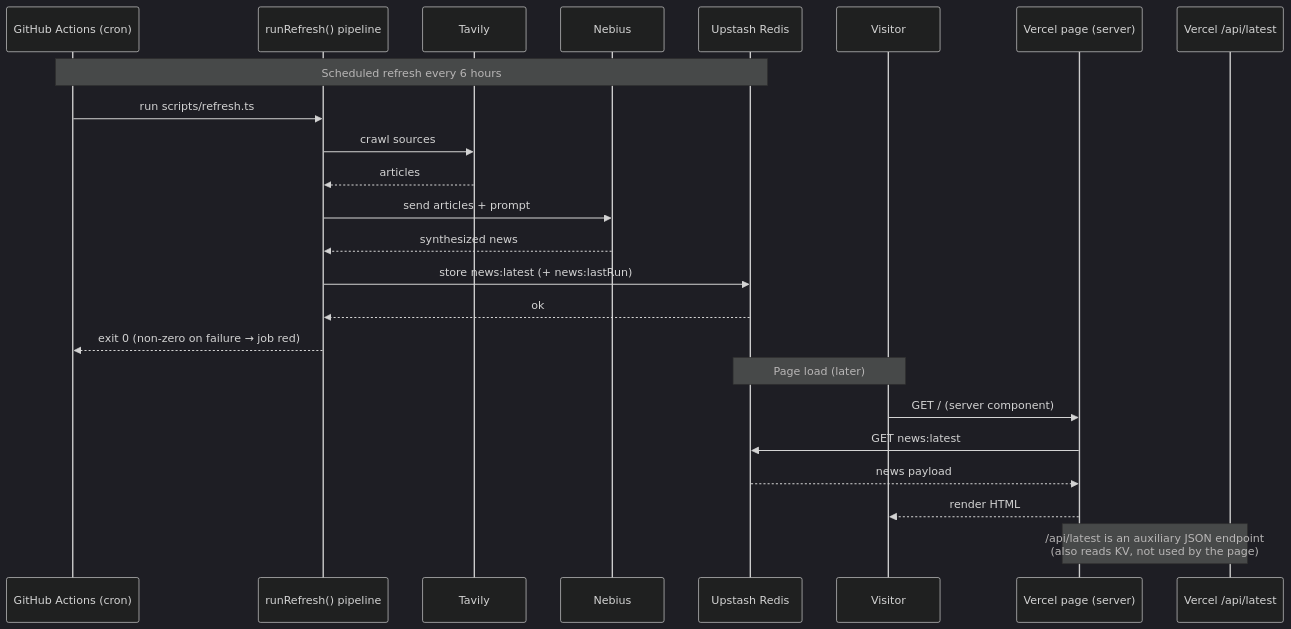
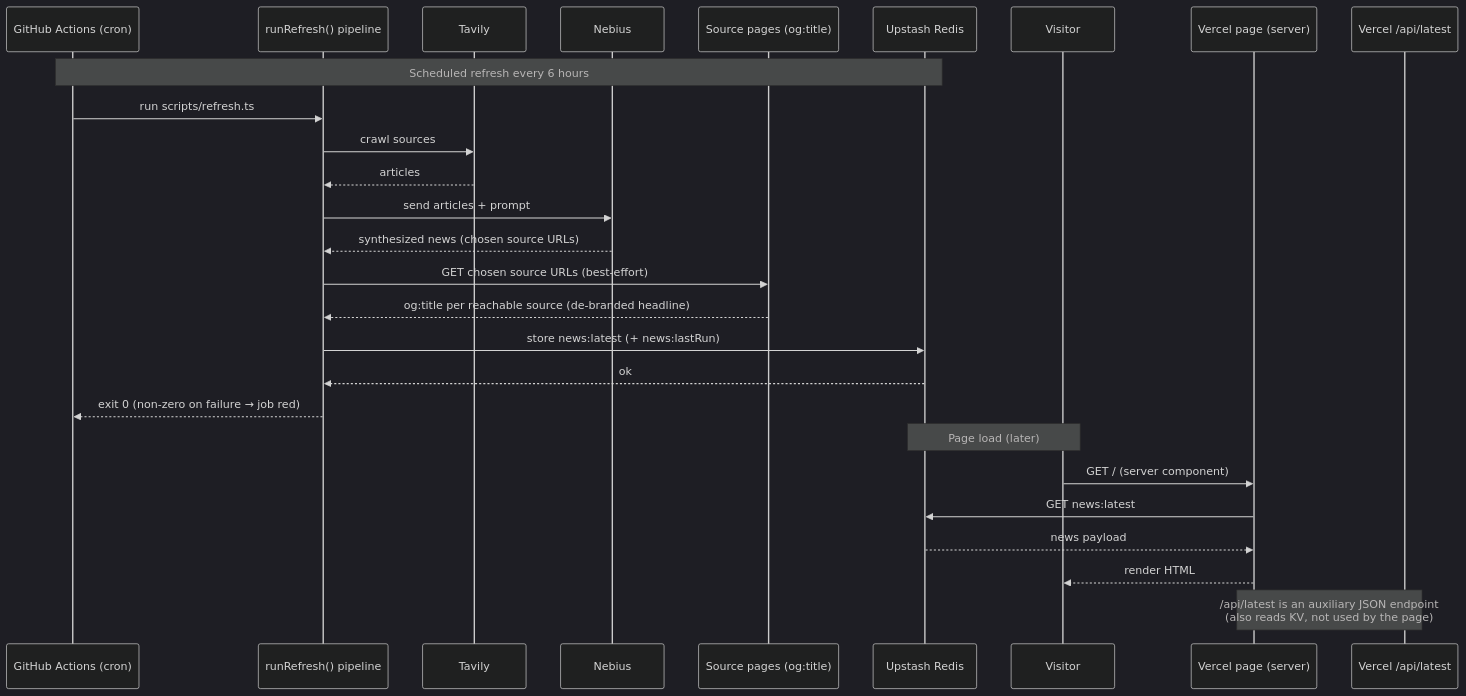
The diagram in RFC.md (heyolgak/the-news-of-the-day), drawn with Mermaid (dark theme) before and after one commit. The commit also changed other lines of this file and 3 other files, not shown here.

Commit message:
Document the og:title source-headline resolution

````diff
--- a/RFC.md
+++ b/RFC.md
@@ -34,28 +34,31 @@
 ```mermaid
 sequenceDiagram
   participant C as GitHub Actions (cron)
   participant R as runRefresh() pipeline
   participant T as Tavily
   participant N as Nebius
+  participant H as Source pages (og:title)
   participant KV as Upstash Redis
   participant V as Visitor
   participant P as Vercel page (server)
   participant L as Vercel /api/latest
 
   Note over C,KV: Scheduled refresh every 6 hours
   C->>R: run scripts/refresh.ts
   R->>T: crawl sources
   T-->>R: articles
   R->>N: send articles + prompt
-  N-->>R: synthesized news
+  N-->>R: synthesized news (chosen source URLs)
+  R->>H: GET chosen source URLs (best-effort)
+  H-->>R: og:title per reachable source (de-branded headline)
   R->>KV: store news:latest (+ news:lastRun)
   KV-->>R: ok
   R-->>C: exit 0 (non-zero on failure → job red)
 
   Note over V,KV: Page load (later)
   V->>P: GET / (server component)
   P->>KV: GET news:latest
   KV-->>P: news payload
   P-->>V: render HTML
   Note over P,L: /api/latest is an auxiliary JSON endpoint<br/>(also reads KV, not used by the page)
 ```
````
